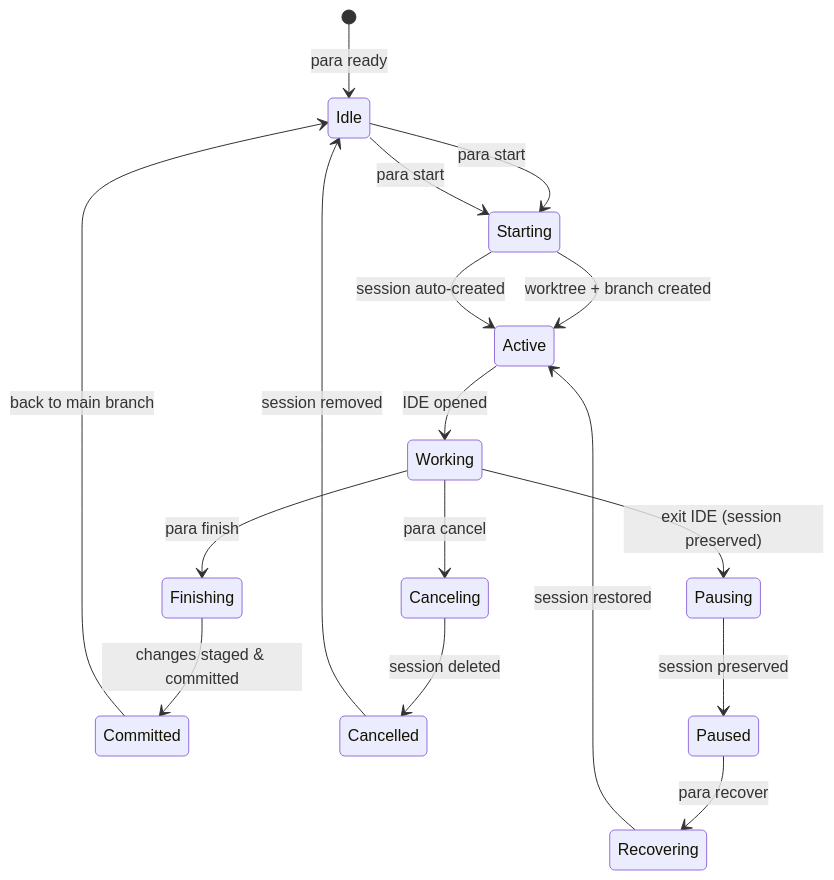
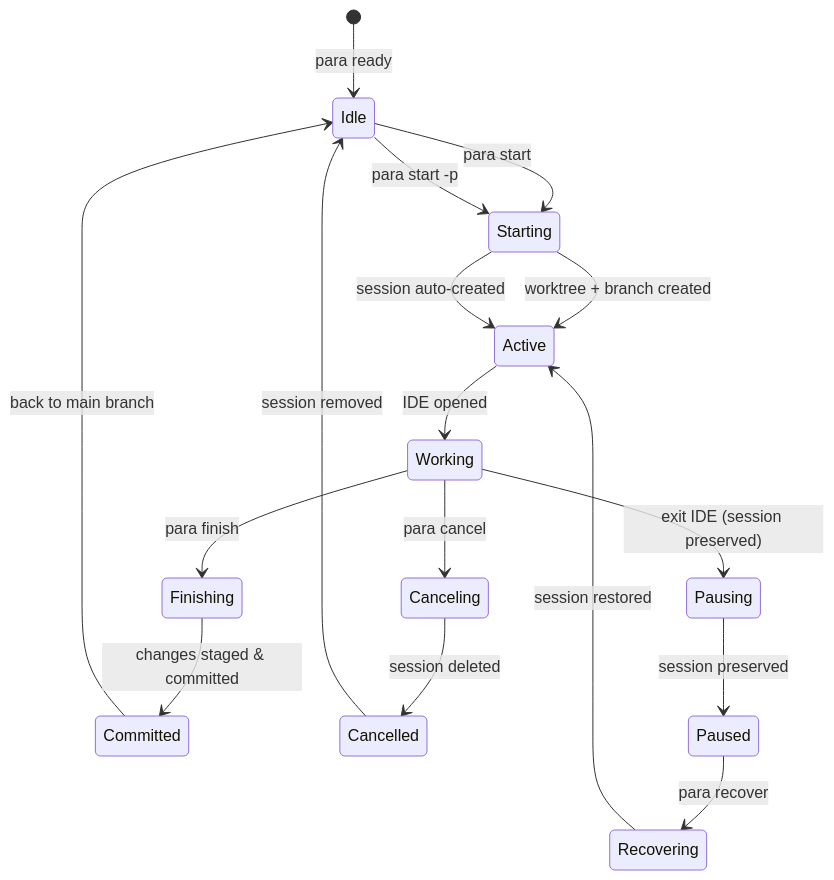
One commit to 2mawi2/para changed the first of 6 diagrams in docs/WORKFLOW.md. Above: the diagram before and after it, drawn with Mermaid. The commit also changed other lines of this file and 22 other files, not shown here.

````diff
--- a/docs/WORKFLOW.md
+++ b/docs/WORKFLOW.md
@@ -9,25 +9,25 @@
 ```mermaid
 stateDiagram-v2
     [*] --> Idle: para ready
     
     Idle --> Starting: para start <session-name>
-    Idle --> Starting: para start <prompt>
+    Idle --> Starting: para start -p <prompt>
     
     Starting --> Active: worktree + branch created
     Starting --> Active: session auto-created
     Active --> Working: IDE opened
     
     Working --> Finishing: para finish <message>
     Working --> Canceling: para cancel
     Working --> Pausing: exit IDE (session preserved)
     
     Finishing --> Committed: changes staged & committed
     Canceling --> Cancelled: session deleted
     Pausing --> Paused: session preserved
     
     Committed --> Idle: back to main branch
     Cancelled --> Idle: session removed
     Paused --> Recovering: para recover <session-name>
     
     Recovering --> Active: session restored
 ```
````
